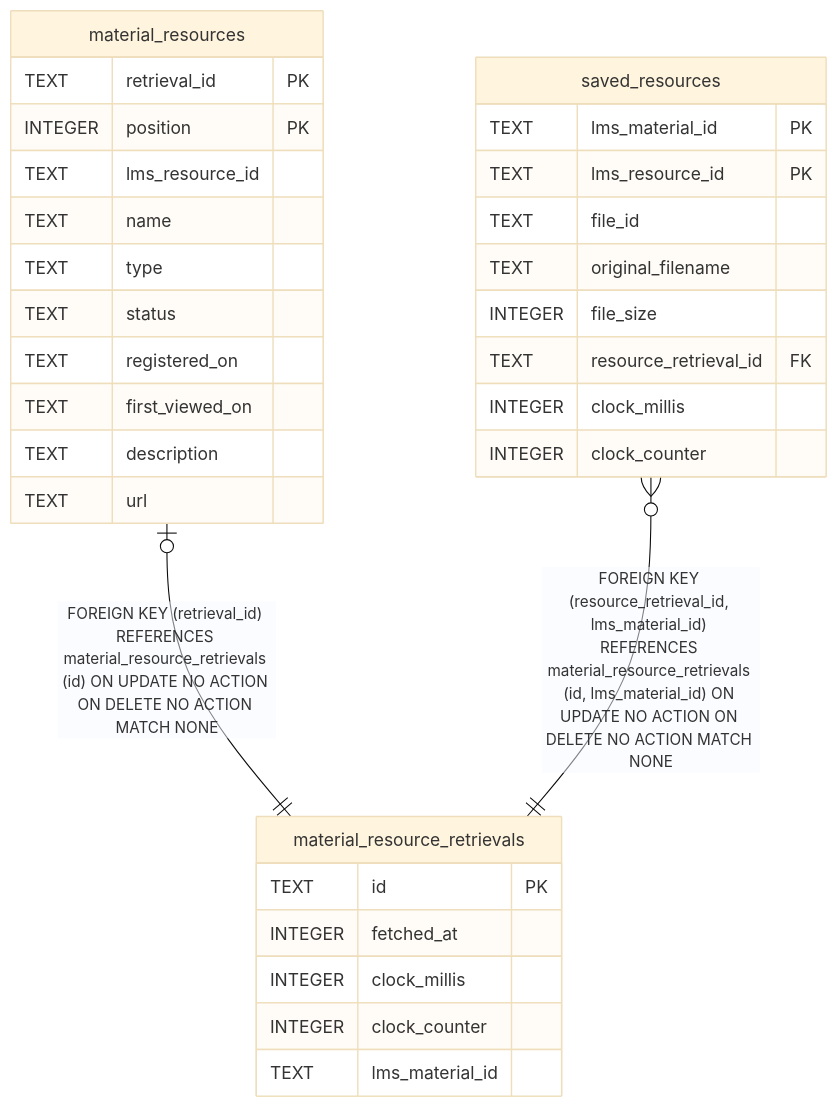
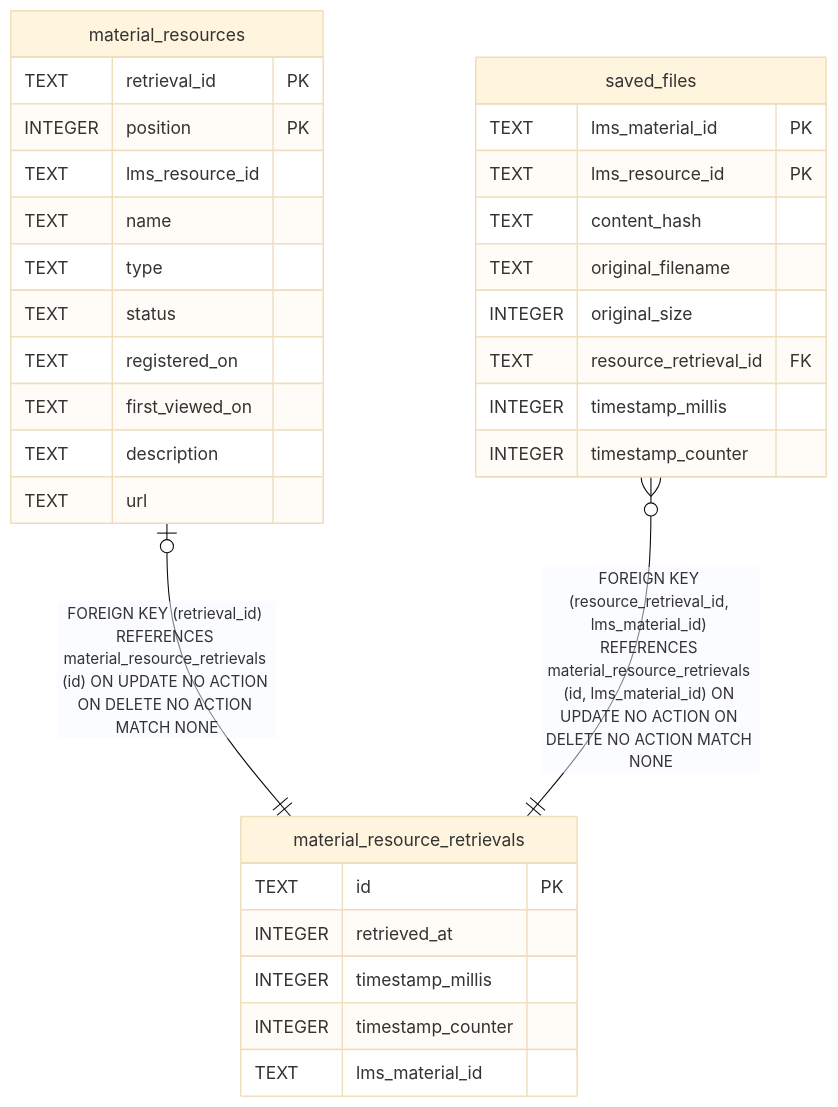
One commit to futsuuu/ku-potato changed the diagram in docs/db/material_resource_retrievals.md. Above: the diagram before and after it, drawn with Mermaid (base theme). The commit also changed other lines of this file and 57 other files, not shown here.

````diff
--- a/docs/db/material_resource_retrievals.md
+++ b/docs/db/material_resource_retrievals.md
@@ -55,36 +55,36 @@
 ```mermaid
 erDiagram
 
 "material_resources" |o--|| "material_resource_retrievals" : "FOREIGN KEY (retrieval_id) REFERENCES material_resource_retrievals (id) ON UPDATE NO ACTION ON DELETE NO ACTION MATCH NONE"
-"saved_resources" }o--|| "material_resource_retrievals" : "FOREIGN KEY (resource_retrieval_id, lms_material_id) REFERENCES material_resource_retrievals (id, lms_material_id) ON UPDATE NO ACTION ON DELETE NO ACTION MATCH NONE"
+"saved_files" }o--|| "material_resource_retrievals" : "FOREIGN KEY (resource_retrieval_id, lms_material_id) REFERENCES material_resource_retrievals (id, lms_material_id) ON UPDATE NO ACTION ON DELETE NO ACTION MATCH NONE"
 
 "material_resource_retrievals" {
   TEXT id PK
-  INTEGER fetched_at
-  INTEGER clock_millis
-  INTEGER clock_counter
+  INTEGER retrieved_at
+  INTEGER timestamp_millis
+  INTEGER timestamp_counter
   TEXT lms_material_id
 }
 "material_resources" {
   TEXT retrieval_id PK
   INTEGER position PK
   TEXT lms_resource_id
   TEXT name
   TEXT type
   TEXT status
   TEXT registered_on
   TEXT first_viewed_on
   TEXT description
   TEXT url
 }
-"saved_resources" {
+"saved_files" {
   TEXT lms_material_id PK
   TEXT lms_resource_id PK
-  TEXT file_id
+  TEXT content_hash
   TEXT original_filename
-  INTEGER file_size
+  INTEGER original_size
   TEXT resource_retrieval_id FK
-  INTEGER clock_millis
-  INTEGER clock_counter
+  INTEGER timestamp_millis
+  INTEGER timestamp_counter
 }
 ```
````
